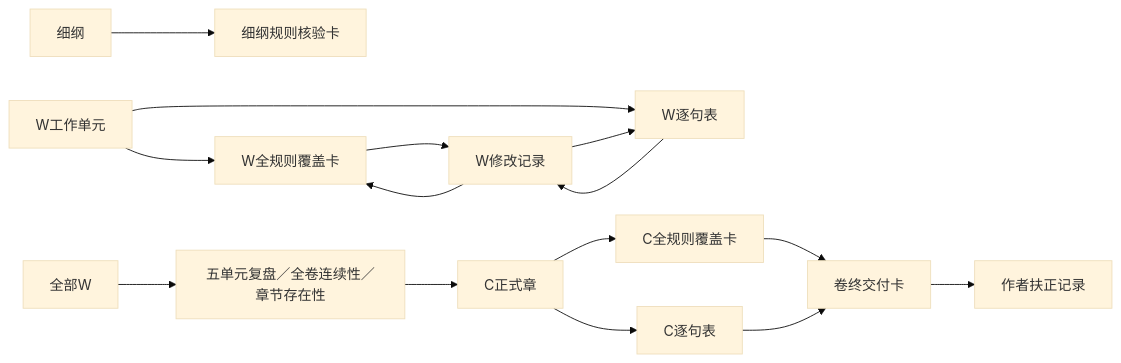
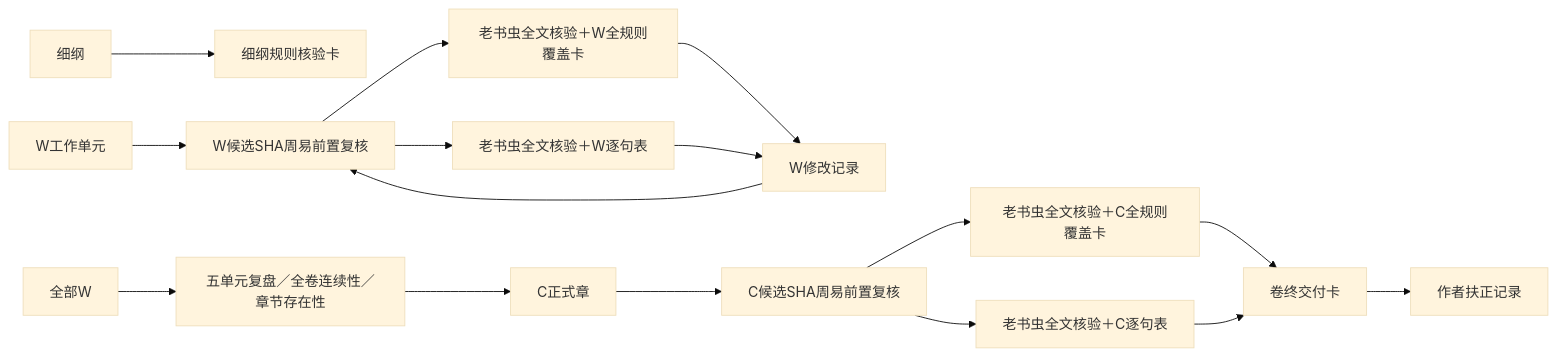
The sixth of 7 diagrams in 00_模板库入口/10_通用模板库完整交接文档.md (xiaoxinailishi/AINovelWorkflow), drawn with Mermaid (base theme) before and after one commit. The commit also changed other lines of this file and 49 other files, not shown here.

````diff
--- a/00_模板库入口/10_通用模板库完整交接文档.md
+++ b/00_模板库入口/10_通用模板库完整交接文档.md
@@ -325,17 +343,18 @@
 ```mermaid
 flowchart LR
     A["细纲"] --> B["细纲规则核验卡"]
-    C["W工作单元"] --> D["W全规则覆盖卡"]
-    C --> E["W逐句表"]
+    C["W工作单元"] --> YW["W候选SHA周易前置复核"]
+    YW --> D["老书虫全文核验＋W全规则覆盖卡"]
+    YW --> E["老书虫全文核验＋W逐句表"]
     D --> F["W修改记录"]
     E --> F
-    F --> D
-    F --> E
+    F --> YW
     G["全部W"] --> H["五单元复盘／全卷连续性／章节存在性"]
     H --> I["C正式章"]
-    I --> J["C全规则覆盖卡"]
-    I --> K["C逐句表"]
+    I --> YC["C候选SHA周易前置复核"]
+    YC --> J["老书虫全文核验＋C全规则覆盖卡"]
+    YC --> K["老书虫全文核验＋C逐句表"]
     J --> L["卷终交付卡"]
     K --> L
     L --> M["作者扶正记录"]
 ```
````
